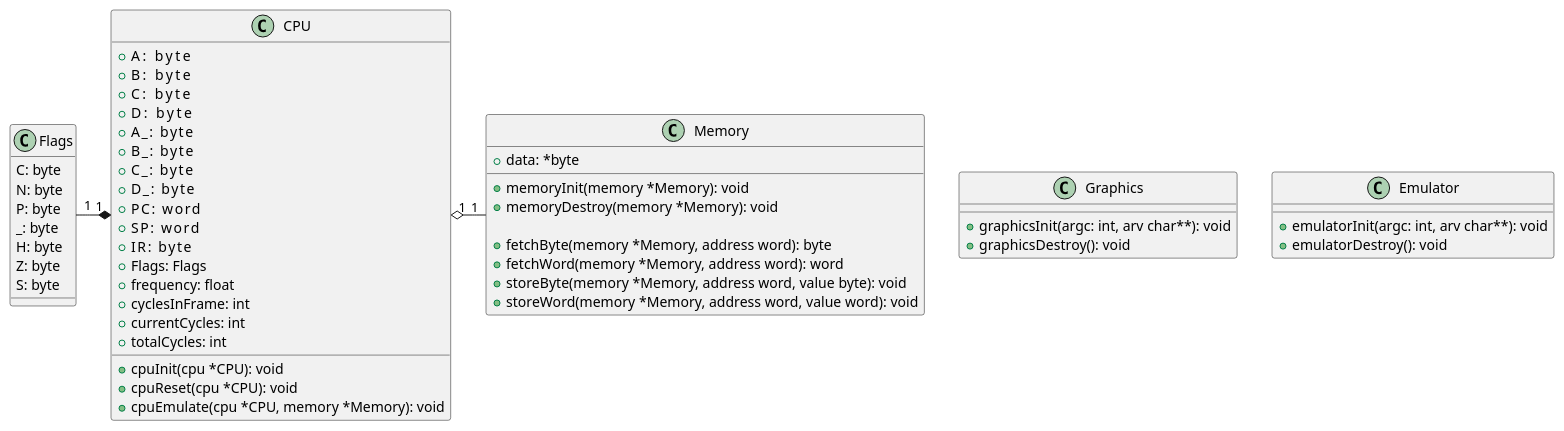
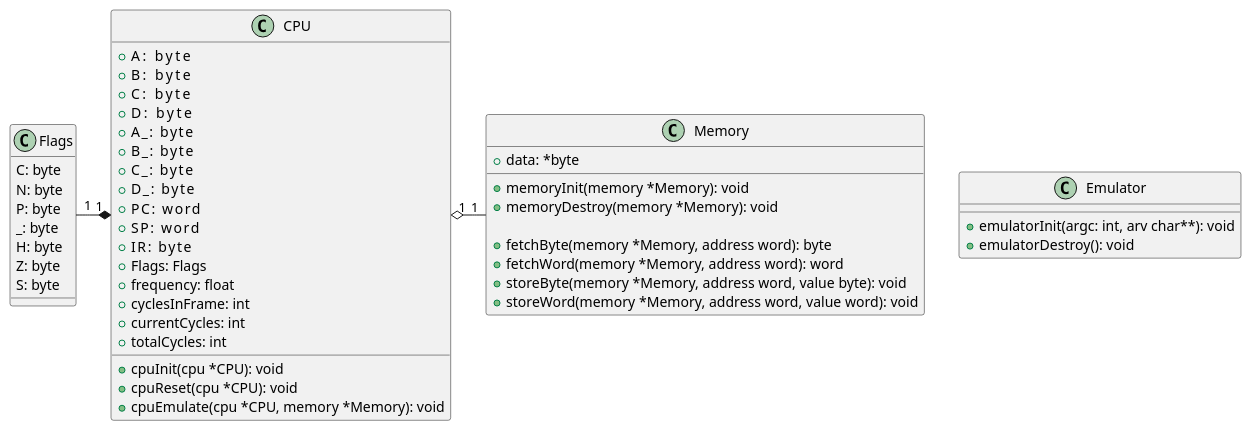
The diagram in uml/class/class_diagram.wsd (leonv01/CilogC80), drawn with PlantUML before and after one commit. The commit also changed 7 other files, not shown here.

Commit message:
-Remove of graphics file

```diff
--- a/uml/class/class_diagram.wsd
+++ b/uml/class/class_diagram.wsd
@@ -1,67 +1,61 @@
 @startuml
 
 class CPU
 {
     +A:     byte
     +B:     byte
     +C:     byte
     +D:     byte
     +A_:    byte
     +B_:    byte
     +C_:    byte
     +D_:    byte
     +PC:    word
     +SP:    word
     +IR:    byte
     +Flags: Flags
     +frequency: float
     +cyclesInFrame: int
     +currentCycles: int
     +totalCycles: int
 
     +cpuInit(cpu *CPU): void
     +cpuReset(cpu *CPU): void
     +cpuEmulate(cpu *CPU, memory *Memory): void
 }
 
 class Flags
 {
     C: byte
     N: byte
     P: byte
     _: byte
     H: byte
     Z: byte
     S: byte
 }
 
 class Memory
 {
     +data: *byte
 
     +memoryInit(memory *Memory): void
     +memoryDestroy(memory *Memory): void
 
     +fetchByte(memory *Memory, address word): byte
     +fetchWord(memory *Memory, address word): word
     +storeByte(memory *Memory, address word, value byte): void
     +storeWord(memory *Memory, address word, value word): void
 }
 
-class Graphics
-{
-    +graphicsInit(argc: int, arv char**): void
-    +graphicsDestroy(): void
-}
-
 class Emulator
 {
     +emulatorInit(argc: int, arv char**): void
     +emulatorDestroy(): void
 }
 
 CPU "1" *-left- "1" Flags
 CPU "1" o-right- "1" Memory
 
 
 @enduml
```
